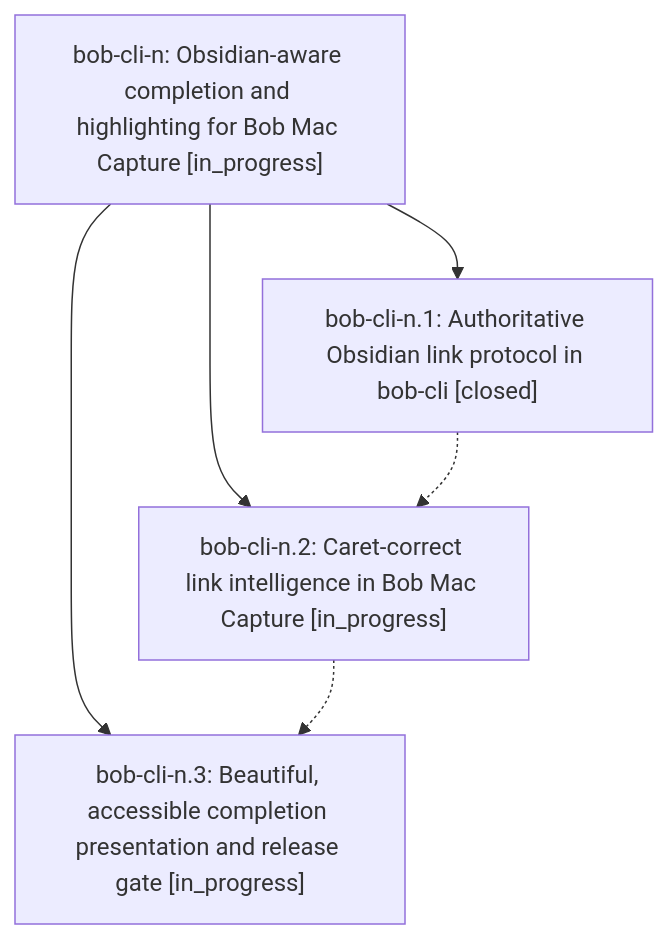
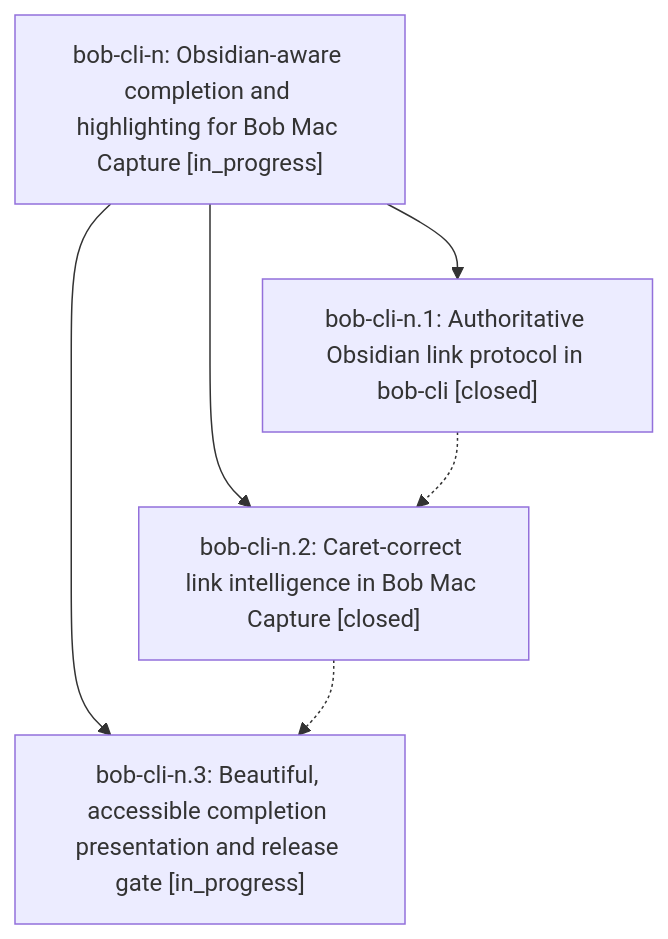
One commit to bobs-org/bob-cli--beads changed the diagram in pages/bob-cli-n/README.md. Above: the diagram before and after it, drawn with Mermaid. The commit also changed other lines of this file and 3 other files, not shown here.

First line of the commit message:
chore(beads): sync bead state and pages for bob-cli-n

````diff
--- a/pages/bob-cli-n/README.md
+++ b/pages/bob-cli-n/README.md
@@ -24,12 +24,12 @@
 ```mermaid
 flowchart TD
     n0["bob-cli-n: Obsidian-aware completion and highlighting for Bob Mac Capture [in_progress]"]
     n1["bob-cli-n.1: Authoritative Obsidian link protocol in bob-cli [closed]"]
-    n2["bob-cli-n.2: Caret-correct link intelligence in Bob Mac Capture [in_progress]"]
+    n2["bob-cli-n.2: Caret-correct link intelligence in Bob Mac Capture [closed]"]
     n3["bob-cli-n.3: Beautiful, accessible completion presentation and release gate [in_progress]"]
     n0 --> n1
     n0 --> n2
     n0 --> n3
     n1 -.-> n2
     n2 -.-> n3
 ```
````
